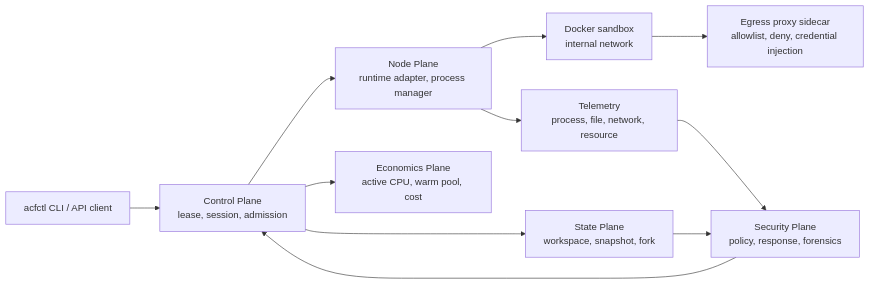
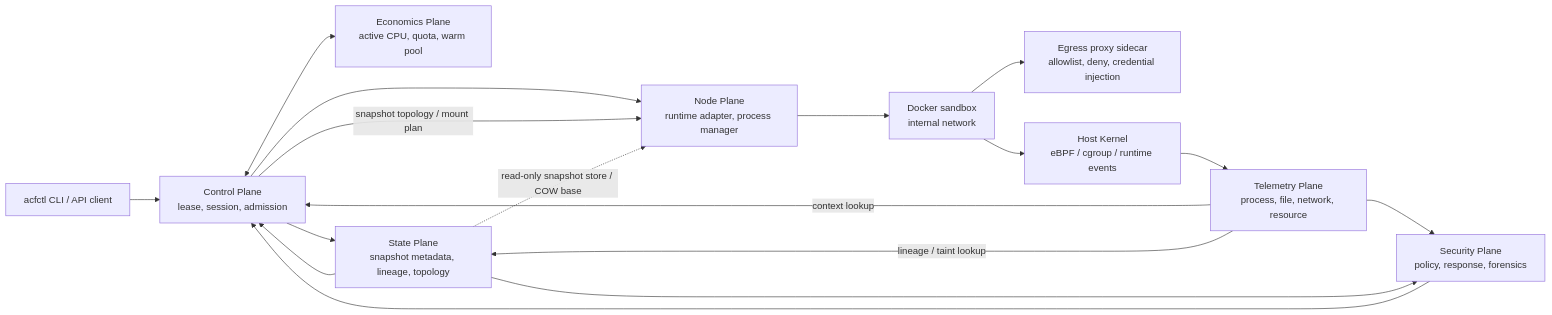
Before and after one commit to ByteYellow/Agent-Computer-Fleet: the diagram in README.md, drawn with Mermaid. The commit also changed other lines of this file and 15 other files, not shown here.

Commit message:
Add runtime drivers and single-node scheduler

````diff
--- a/README.md
+++ b/README.md
@@ -163,13 +166,19 @@
 ```mermaid
 flowchart LR
     CLI["acfctl CLI / API client"] --> Control["Control Plane\nlease, session, admission"]
+    Control <--> Economics["Economics Plane\nactive CPU, quota, warm pool"]
+    Control --> State["State Plane\nsnapshot metadata, lineage, topology"]
+    State --> Control
     Control --> Node["Node Plane\nruntime adapter, process manager"]
-    Control --> State["State Plane\nworkspace, snapshot, fork"]
+    Control -->|"snapshot topology / mount plan"| Node
     Node --> Docker["Docker sandbox\ninternal network"]
     Docker --> Egress["Egress proxy sidecar\nallowlist, deny, credential injection"]
-    Node --> Telemetry["Telemetry\nprocess, file, network, resource"]
+    State -.->|"read-only snapshot store / COW base"| Node
+    Docker --> Kernel["Host Kernel\neBPF / cgroup / runtime events"]
+    Kernel --> Telemetry["Telemetry Plane\nprocess, file, network, resource"]
+    Telemetry -->|"context lookup"| Control
+    Telemetry -->|"lineage / taint lookup"| State
     Telemetry --> Security["Security Plane\npolicy, response, forensics"]
     State --> Security
-    Control --> Economics["Economics Plane\nactive CPU, warm pool, cost"]
     Security --> Control
 ```
````
